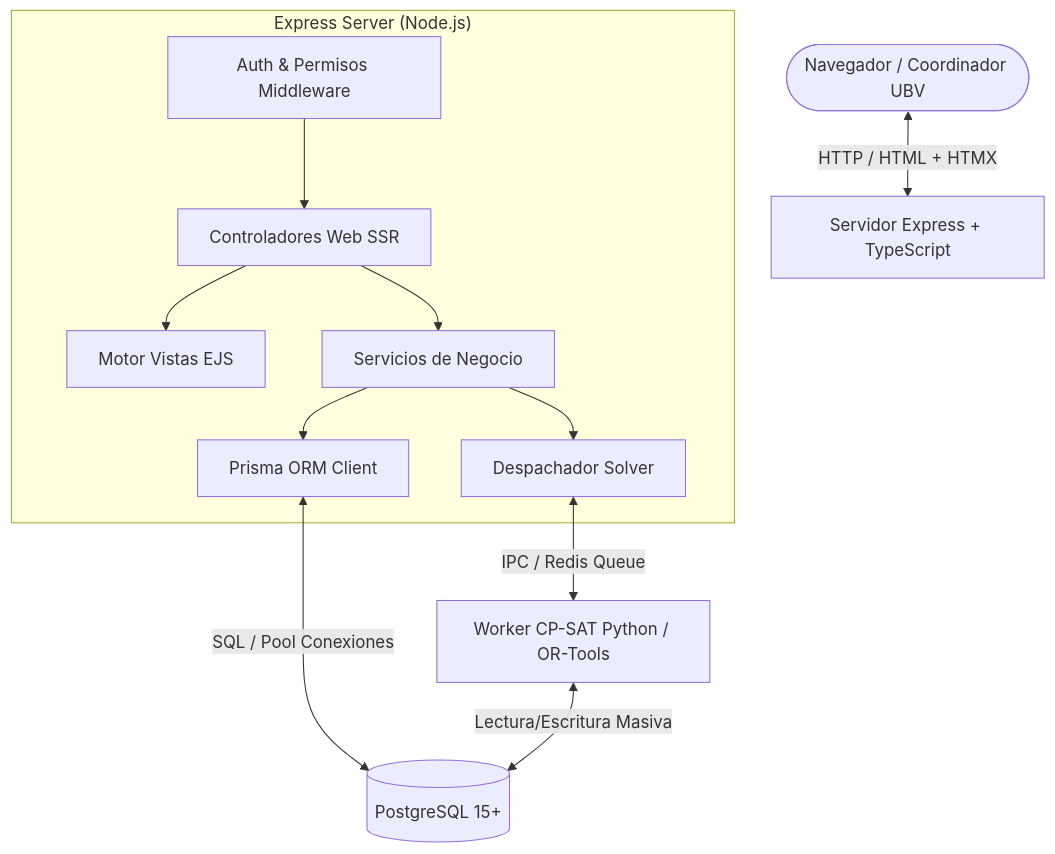
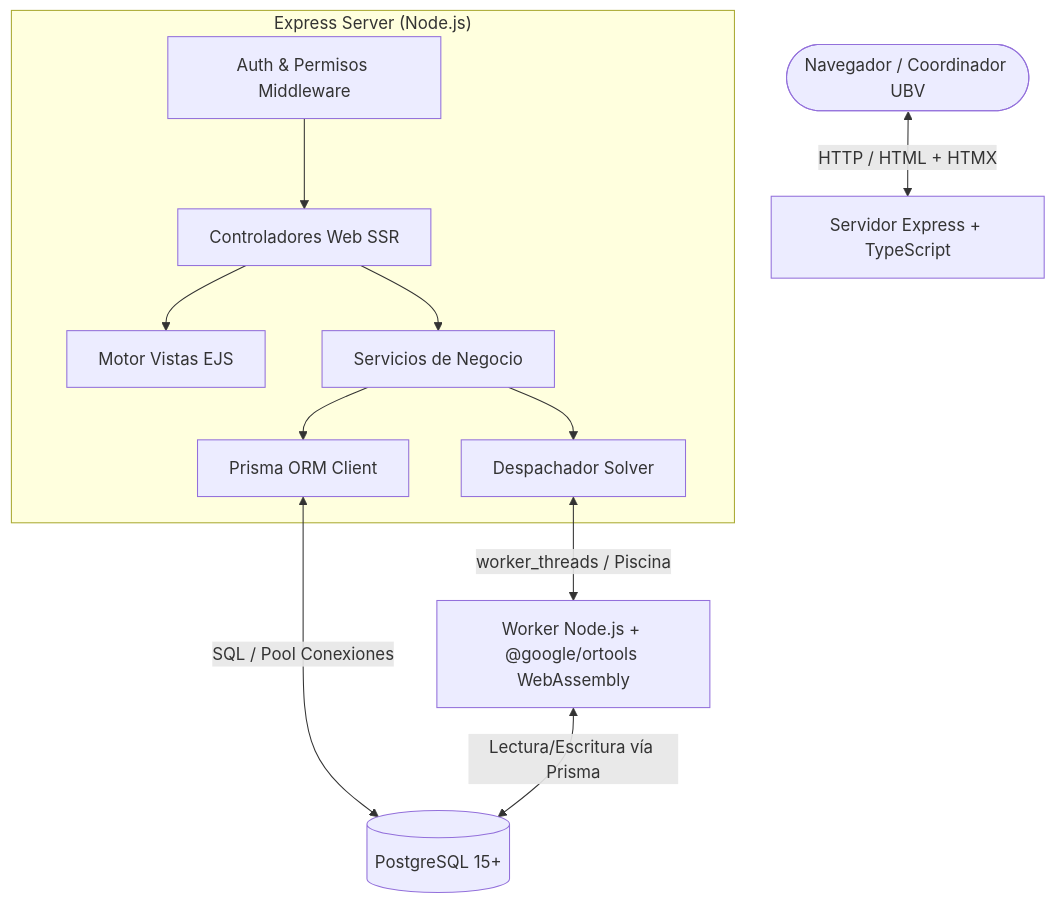
Before and after one commit to jeancarlos1111/schaah: the diagram in specs/00-architecture-tech-stack.md, drawn with Mermaid. The commit also changed other lines of this file and 53 other files, not shown here.

````diff
--- a/specs/00-architecture-tech-stack.md
+++ b/specs/00-architecture-tech-stack.md
@@ -24,16 +24,16 @@
 ```mermaid
 graph TD
     User([Navegador / Coordinador UBV]) <-->|HTTP / HTML + HTMX| Express[Servidor Express + TypeScript]
     
     subgraph "Express Server (Node.js)"
         Middleware[Auth & Permisos Middleware] --> Controllers[Controladores Web SSR]
         Controllers --> Views[Motor Vistas EJS]
         Controllers --> Services[Servicios de Negocio]
         Services --> ORM[Prisma ORM Client]
-        Services --> WorkerQueue[Despachador Solver]
+        Services --> SolverDispatcher[Despachador Solver]
     end
 
     ORM <-->|SQL / Pool Conexiones| Postgres[(PostgreSQL 15+)]
-    WorkerQueue <-->|IPC / Redis Queue| SolverProcess[Worker CP-SAT Python / OR-Tools]
-    SolverProcess <-->|Lectura/Escritura Masiva| Postgres
+    SolverDispatcher <-->|worker_threads / Piscina| SolverWasm[Worker Node.js + @google/ortools WebAssembly]
+    SolverWasm <-->|Lectura/Escritura vía Prisma| Postgres
 ```
````
